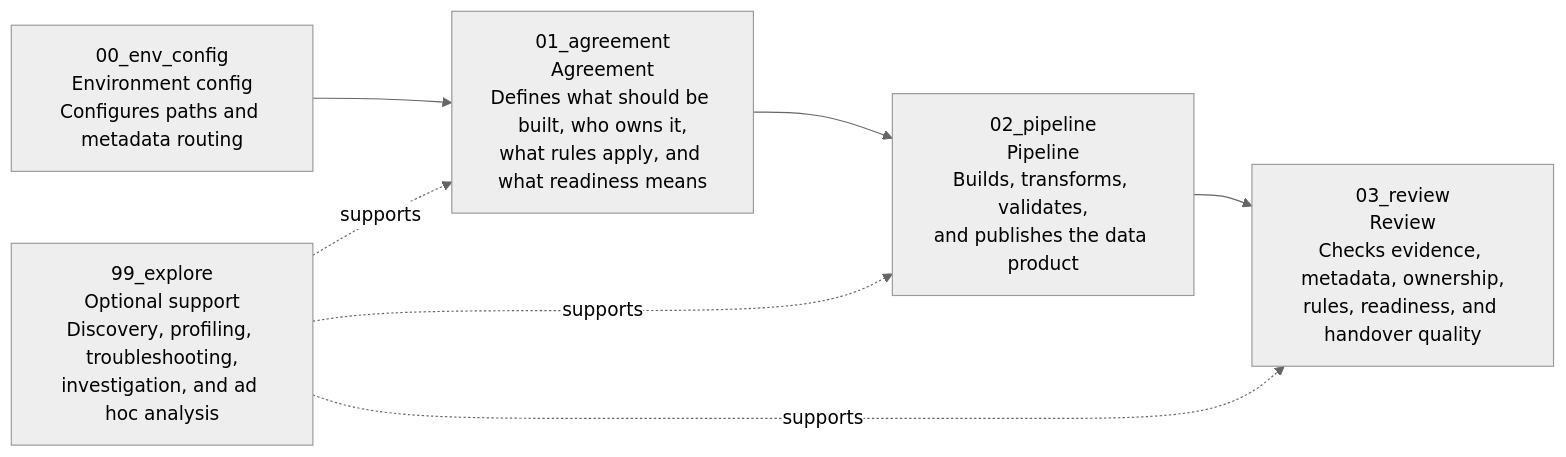
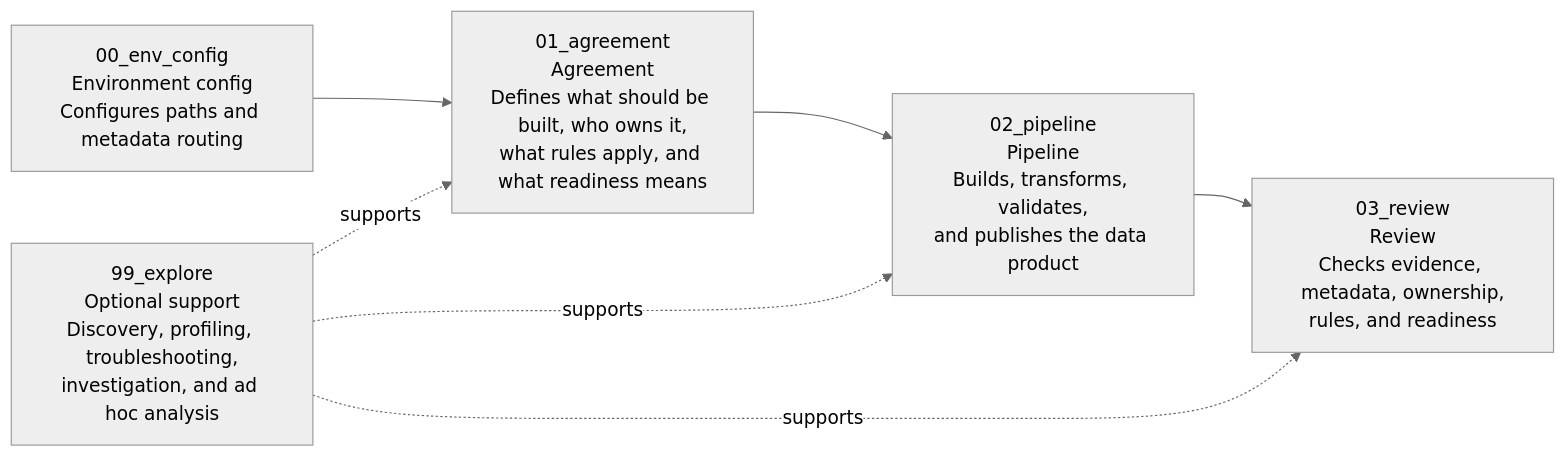
Before and after one commit to Voycepeh/FabricOps-Starter-Kit: the diagram in docs/how-fabricops-works/index.md, drawn with Mermaid (neutral theme). The commit also changed other lines of this file and 34 other files, not shown here.

````diff
--- a/docs/how-fabricops-works/index.md
+++ b/docs/how-fabricops-works/index.md
@@ -10,9 +10,9 @@
 ```mermaid
 flowchart LR
     ENV["00_env_config<br/>Environment config<br/>Configures paths and metadata routing"] --> DA["01_agreement<br/>Agreement<br/>Defines what should be built, who owns it,<br/>what rules apply, and what readiness means"]
     DA --> PC["02_pipeline<br/>Pipeline<br/>Builds, transforms, validates,<br/>and publishes the data product"]
-    PC --> REV["03_review<br/>Review<br/>Checks evidence, metadata, ownership,<br/>rules, readiness, and handover quality"]
+    PC --> REV["03_review<br/>Review<br/>Checks evidence, metadata, ownership,<br/>rules, and readiness"]
     EXP["99_explore<br/>Optional support<br/>Discovery, profiling, troubleshooting,<br/>investigation, and ad hoc analysis"] -. supports .-> DA
     EXP -. supports .-> PC
     EXP -. supports .-> REV
 ```
````
